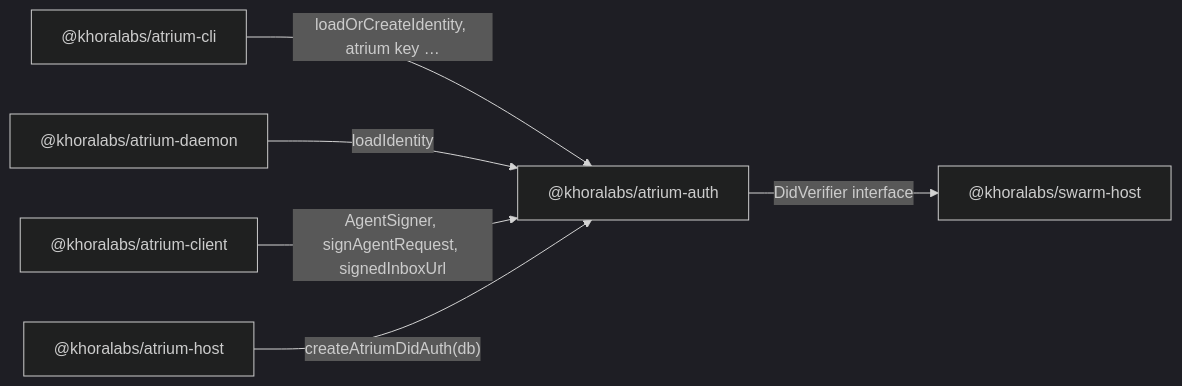
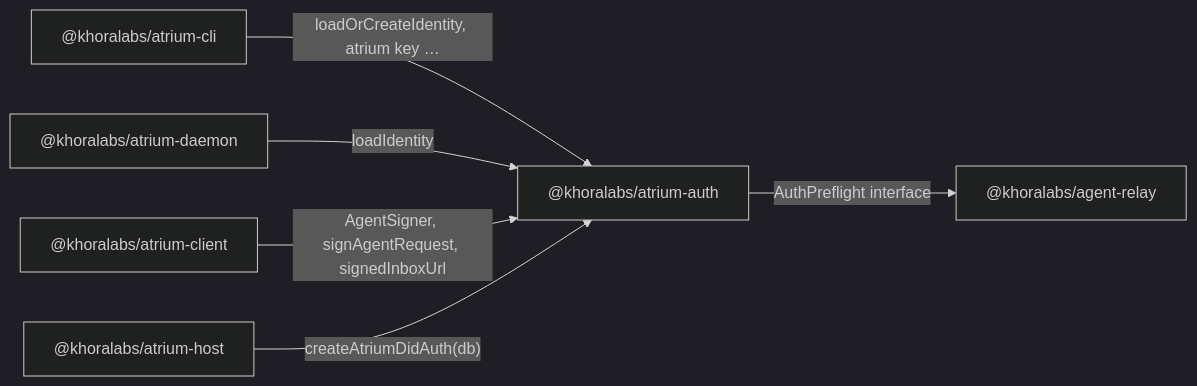
One commit to khoralabs/khora changed the diagram in apps/atrium/auth/README.md. Above: the diagram before and after it, drawn with Mermaid (dark theme). The commit also changed other lines of this file and 77 other files, not shown here.

Commit message:
rename swarm host to agent relay

````diff
--- a/apps/atrium/auth/README.md
+++ b/apps/atrium/auth/README.md
@@ -15,8 +15,8 @@
 ```mermaid
 graph LR
   cli["@khoralabs/atrium-cli"] -->|"loadOrCreateIdentity, atrium key …"| auth["@khoralabs/atrium-auth"]
   daemon["@khoralabs/atrium-daemon"] -->|"loadIdentity"| auth
   client["@khoralabs/atrium-client"] -->|"AgentSigner, signAgentRequest, signedInboxUrl"| auth
   host["@khoralabs/atrium-host"] -->|"createAtriumDidAuth(db)"| auth
-  auth -->|"DidVerifier interface"| swarm["@khoralabs/swarm-host"]
+  auth -->|"AuthPreflight interface"| relay["@khoralabs/agent-relay"]
 ```
````
